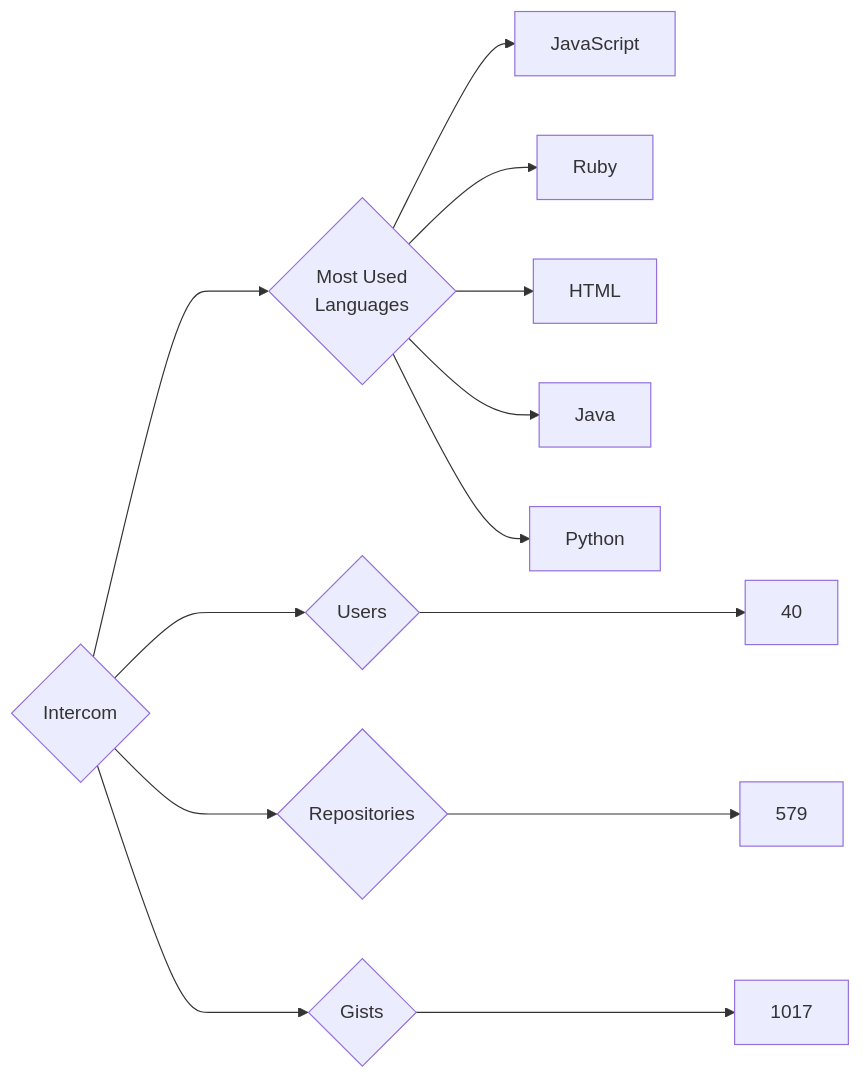
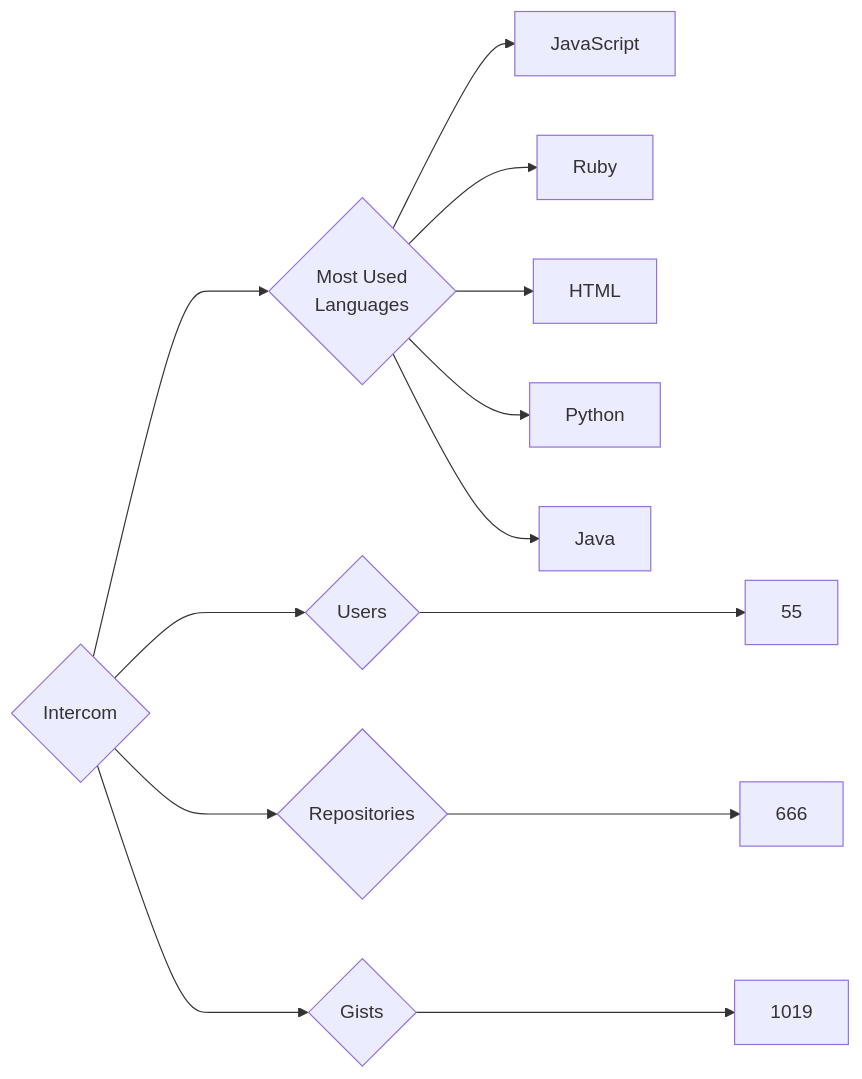
One commit to trickest/insiders changed the diagram in targets/Intercom/README.md. Above: the diagram before and after it, drawn with Mermaid. The commit also changed 594 other files, not shown here.

````diff
--- a/targets/Intercom/README.md
+++ b/targets/Intercom/README.md
@@ -3,13 +3,13 @@
 ```mermaid
 graph LR
 COMPANY_NAME{Intercom}
-COMPANY_NAME ---> U{Users} ---> UN[40]
-COMPANY_NAME ---> R{Repositories} ---> RN[579]
-COMPANY_NAME ---> G{Gists} ---> GN[1017]
+COMPANY_NAME ---> U{Users} ---> UN[55]
+COMPANY_NAME ---> R{Repositories} ---> RN[666]
+COMPANY_NAME ---> G{Gists} ---> GN[1019]
 COMPANY_NAME ---> ML{Most Used<br>Languages}
 ML --> JavaScript[JavaScript]
 ML --> Ruby[Ruby]
 ML --> HTML[HTML]
+ML --> Python[Python]
 ML --> Java[Java]
-ML --> Python[Python]
 ```
````
